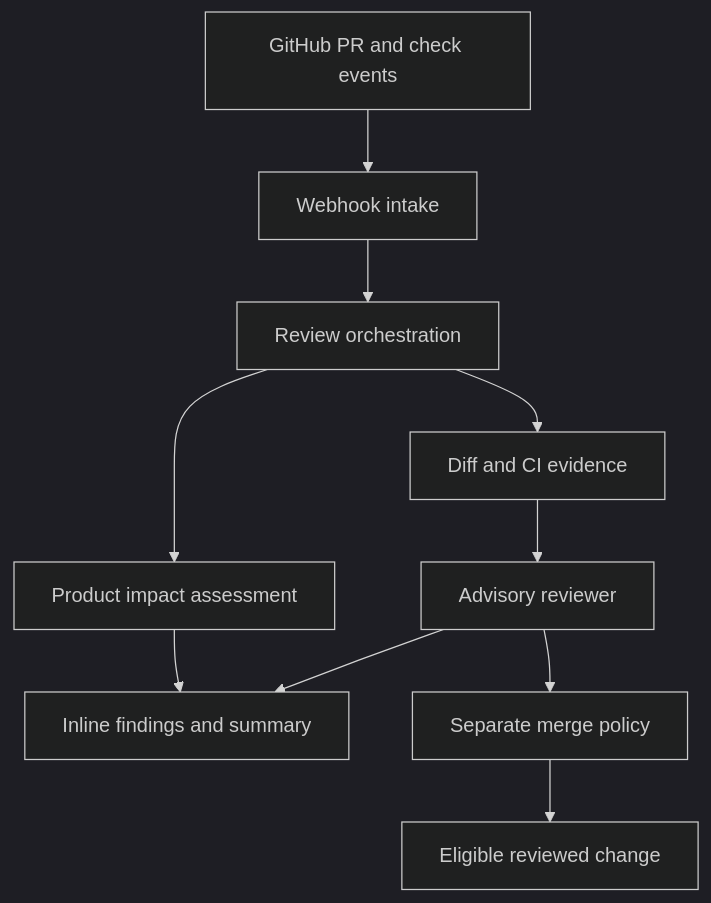
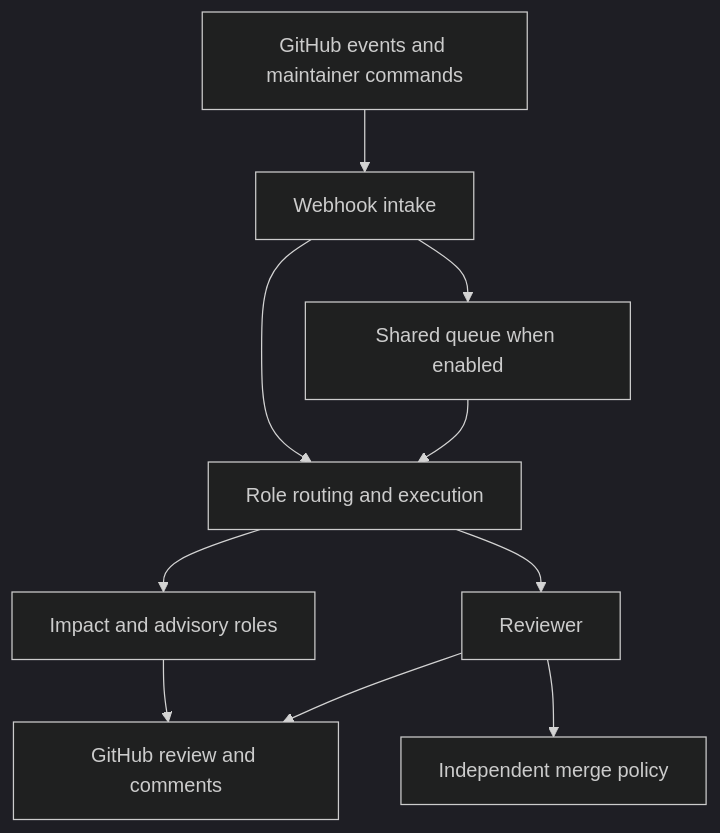
The diagram in README.md (Oddmash/oddmash-agents), drawn with Mermaid (dark theme) before and after one commit. The commit also changed other lines of this file, not shown here.

Commit message:
docs: simplify agent architecture and evolution roadmap

````diff
--- a/README.md
+++ b/README.md
@@ -36,12 +36,12 @@
 ```mermaid
 flowchart TD
-    GitHub["GitHub PR and check events"] --> Intake["Webhook intake"]
-    Intake --> Runtime["Review orchestration"]
-    Runtime --> Evidence["Diff and CI evidence"]
-    Evidence --> Review["Advisory reviewer"]
-    Review --> Output["Inline findings and summary"]
-    Runtime --> Impact["Product impact assessment"]
-    Impact --> Output
-    Review --> Gate["Separate merge policy"]
-    Gate --> Merge["Eligible reviewed change"]
+    GitHub["GitHub events and maintainer commands"] --> Intake["Webhook intake"]
+    Intake --> Queue["Shared queue when enabled"]
+    Queue --> Runtime["Role routing and execution"]
+    Intake --> Runtime
+    Runtime --> Review["Reviewer"]
+    Runtime --> Advisory["Impact and advisory roles"]
+    Review --> Output["GitHub review and comments"]
+    Advisory --> Output
+    Review --> Gate["Independent merge policy"]
 ```
````
